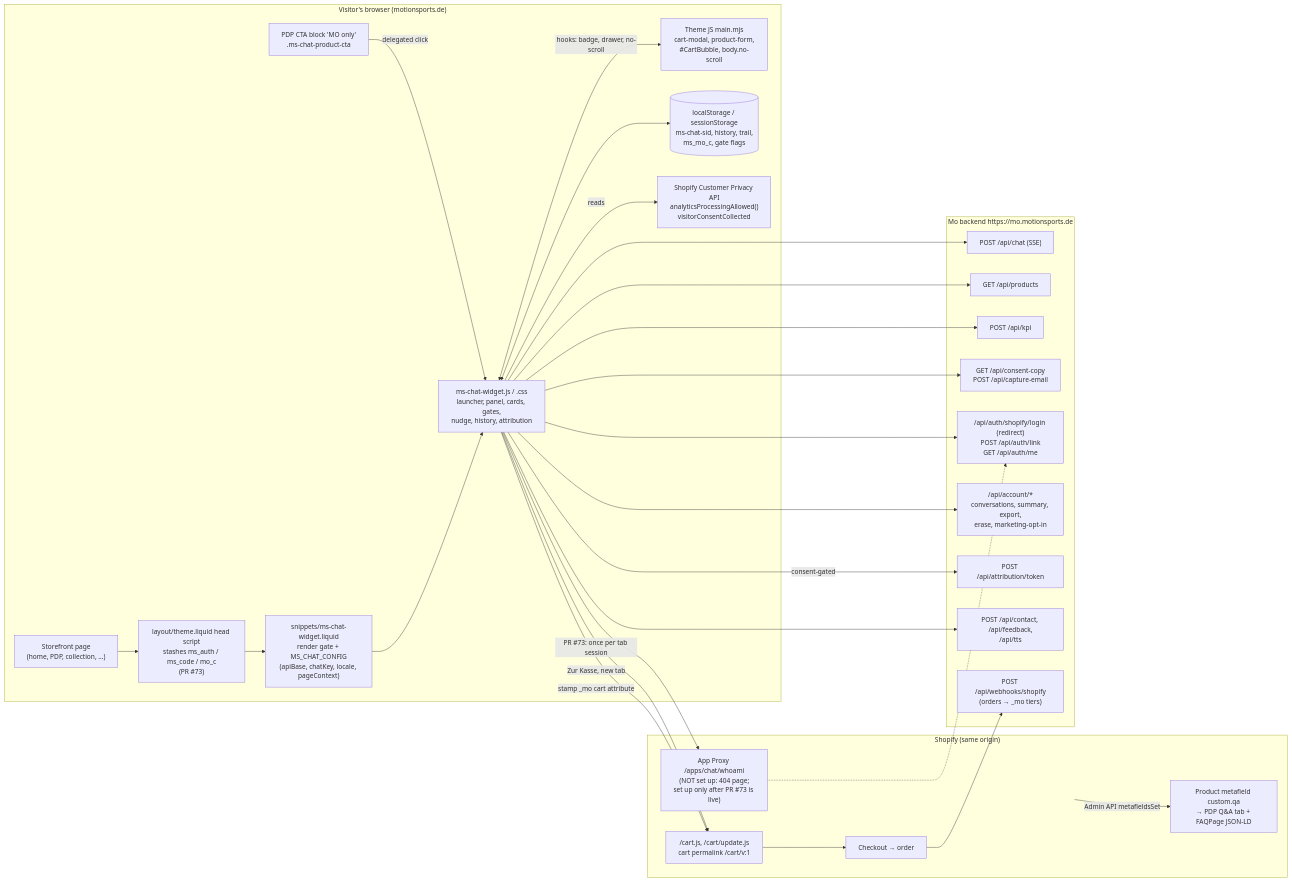
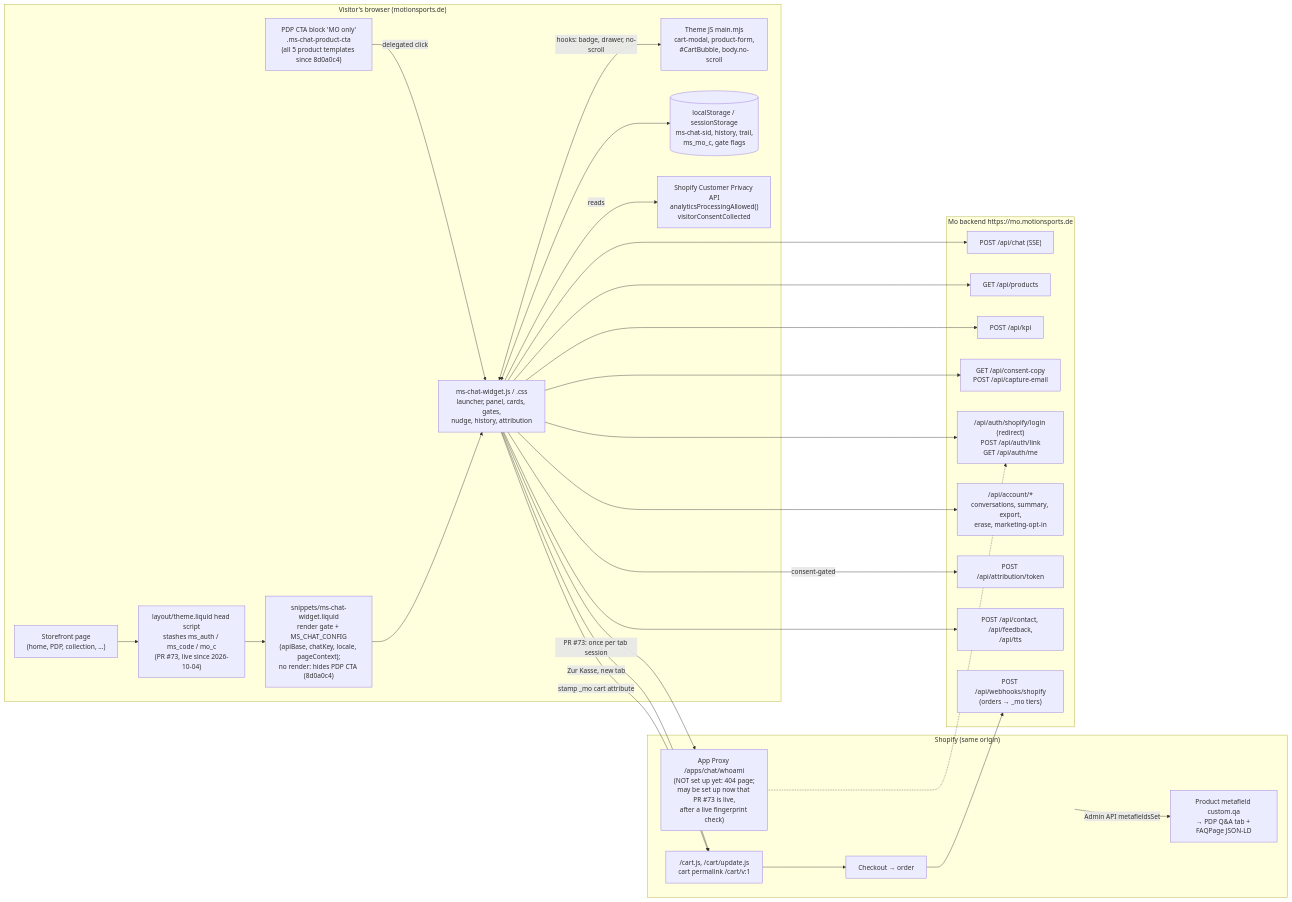
One commit to MarcelKueck/ms_shopify_clone changed the diagram in docs/frontend/README.md. Above: the diagram before and after it, drawn with Mermaid. The commit also changed other lines of this file and 1 other file, not shown here.

First line of the commit message:
docs/frontend: README + playbook reflect PR #73 live and the 8d0a0c4 fixes

````diff
--- a/docs/frontend/README.md
+++ b/docs/frontend/README.md
@@ -92,45 +92,45 @@
 ```mermaid
 flowchart LR
   subgraph Browser["Visitor's browser (motionsports.de)"]
     Page["Storefront page<br/>(home, PDP, collection, …)"]
-    Head["layout/theme.liquid head script<br/>stashes ms_auth / ms_code / mo_c<br/>(PR #73)"]
-    Snip["snippets/ms-chat-widget.liquid<br/>render gate + MS_CHAT_CONFIG<br/>(apiBase, chatKey, locale, pageContext)"]
+    Head["layout/theme.liquid head script<br/>stashes ms_auth / ms_code / mo_c<br/>(PR #73, live since 2026-10-04)"]
+    Snip["snippets/ms-chat-widget.liquid<br/>render gate + MS_CHAT_CONFIG<br/>(apiBase, chatKey, locale, pageContext);<br/>no render: hides PDP CTA (8d0a0c4)"]
     W["ms-chat-widget.js / .css<br/>launcher, panel, cards, gates,<br/>nudge, history, attribution"]
-    CTA["PDP CTA block 'MO only'<br/>.ms-chat-product-cta"]
+    CTA["PDP CTA block 'MO only'<br/>.ms-chat-product-cta<br/>(all 5 product templates since 8d0a0c4)"]
     Theme["Theme JS main.mjs<br/>cart-modal, product-form,<br/>#CartBubble, body.no-scroll"]
     Store[("localStorage / sessionStorage<br/>ms-chat-sid, history, trail,<br/>ms_mo_c, gate flags")]
     CP["Shopify Customer Privacy API<br/>analyticsProcessingAllowed()<br/>visitorConsentCollected"]
   end
 
   subgraph Backend["Mo backend https://mo.motionsports.de"]
     Chat["POST /api/chat (SSE)"]
     Prod["GET /api/products"]
     KPI["POST /api/kpi"]
     Consent["GET /api/consent-copy<br/>POST /api/capture-email"]
     Auth["/api/auth/shopify/login (redirect)<br/>POST /api/auth/link<br/>GET /api/auth/me"]
     Acct["/api/account/*<br/>conversations, summary, export,<br/>erase, marketing-opt-in"]
     Attr["POST /api/attribution/token"]
     Misc["POST /api/contact, /api/feedback,<br/>/api/tts"]
     WH["POST /api/webhooks/shopify<br/>(orders → _mo tiers)"]
   end
 
   subgraph Shopify["Shopify (same origin)"]
     Cart["/cart.js, /cart/update.js<br/>cart permalink /cart/v:1"]
-    Proxy["App Proxy /apps/chat/whoami<br/>(NOT set up: 404 page;<br/>set up only after PR #73 is live)"]
+    Proxy["App Proxy /apps/chat/whoami<br/>(NOT set up yet: 404 page;<br/>may be set up now that PR #73 is live,<br/>after a live fingerprint check)"]
     Checkout["Checkout → order"]
     Meta["Product metafield custom.qa<br/>→ PDP Q&A tab + FAQPage JSON-LD"]
   end
 
   Page --> Head --> Snip --> W
   CTA -->|delegated click| W
   W <--> Store
   W -->|reads| CP
   W <-->|"hooks: badge, drawer, no-scroll"| Theme
   W --> Chat & Prod & KPI & Consent & Auth & Acct & Misc
   W -->|consent-gated| Attr
   W -->|"stamp _mo cart attribute"| Cart
   W -->|"Zur Kasse, new tab"| Cart
   W -->|"PR #73: once per tab session"| Proxy -.-> Auth
   Cart --> Checkout --> WH
   Backend -->|"Admin API metafieldsSet"| Meta
 ```
````
